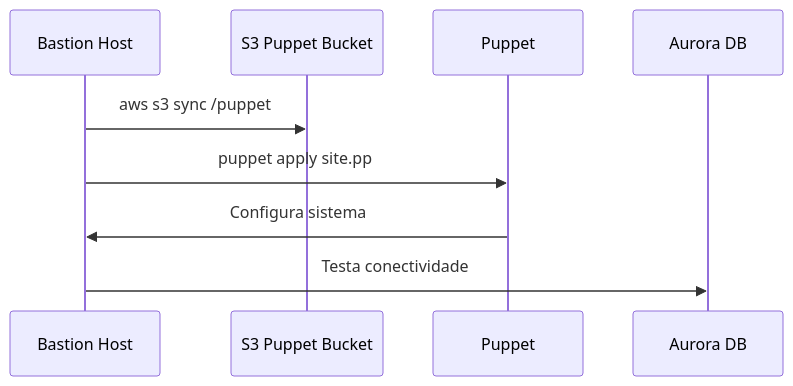
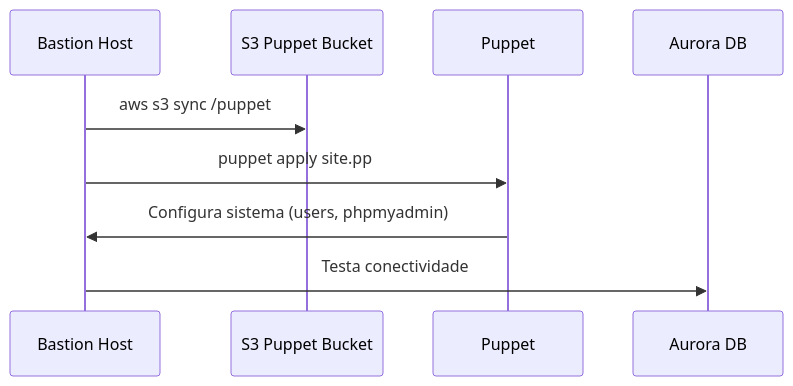
One commit to enkumamoto/cdk_infra_test changed the third of 6 diagrams in README.md. Above: the diagram before and after it, drawn with Mermaid. The commit also changed other lines of this file and 9 other files, not shown here.

````diff
--- a/README.md
+++ b/README.md
@@ -274,12 +378,12 @@
 ```mermaid
 sequenceDiagram
     participant EC2 as Bastion Host
     participant S3 as S3 Puppet Bucket
     participant Puppet as Puppet
     participant RDS as Aurora DB
 
     EC2->>S3: aws s3 sync /puppet
     EC2->>Puppet: puppet apply site.pp
-    Puppet->>EC2: Configura sistema
+    Puppet->>EC2: Configura sistema (users, phpmyadmin)
     EC2->>RDS: Testa conectividade
 ```
````
